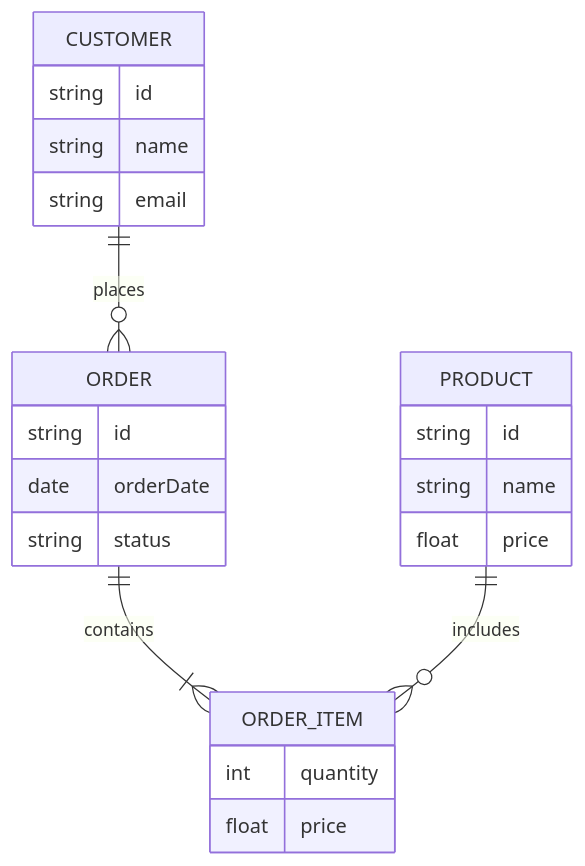
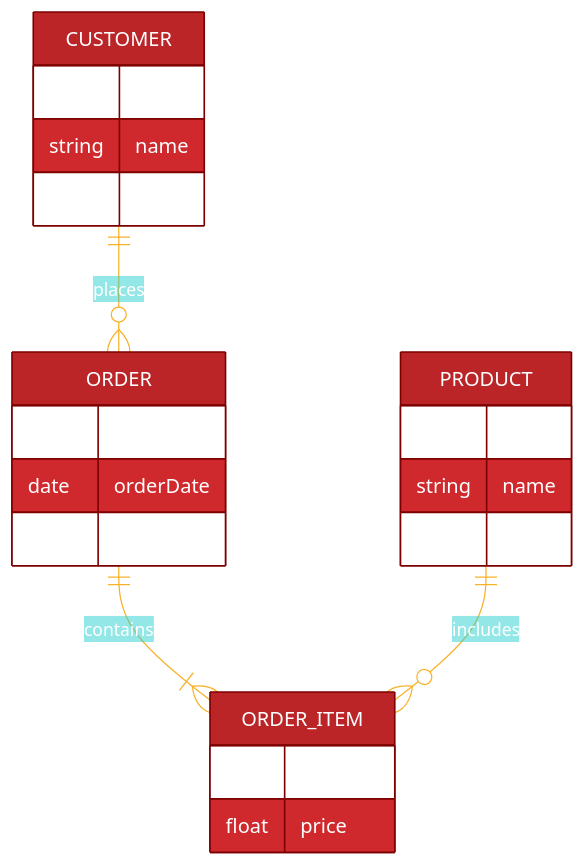
The diagram in input.mmd (sunnyyyy/MermaidTest), drawn with Mermaid before and after one commit.

```diff
--- a/input.mmd
+++ b/input.mmd
@@ -1,25 +1,36 @@
-      %%{init: { 'fontFamily': 'Space-Notorious-rounded', 'fontSize': '16px' } }%%
-
+      %%{init: { 'fontFamily': 'Space-Notorious-rounded', 'fontSize': '32px' } }%%
+      %%{init: {
+      "flowchart": {"nodeSpacing": 200, "rankSpacing": 300, "useMaxWidth": "true", "htmlLabels": "true", "curve": 'cardinal'},
+      "securityLevel": "loose",
+      "themeVariables": { 'primaryColor': '#BB2528',
+                          'primaryTextColor': '#fff',
+                          'primaryBorderColor': '#7C0000',
+                          'lineColor': '#F8B229',
+                          'secondaryColor': '#006100'},
+  "theme": "base",
+    "themeCSS": ".extension;.divider { display: none; };"
+    
+}}%%
 erDiagram
     CUSTOMER ||--o{ ORDER : places
     ORDER ||--|{ ORDER_ITEM : contains
     PRODUCT ||--o{ ORDER_ITEM : includes
     CUSTOMER {
         string id
         string name
         string email
     }
     ORDER {
         string id
         date orderDate
         string status
     }
     PRODUCT {
         string id
         string name
         float price
     }
     ORDER_ITEM {
         int quantity
         float price
     }
```
